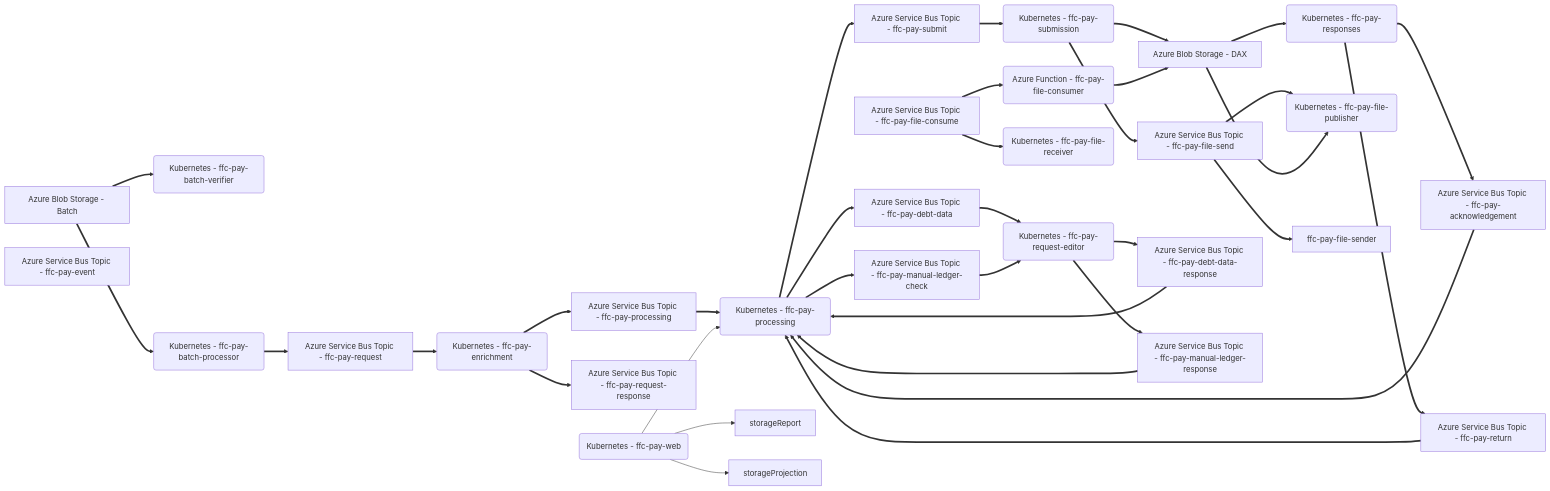
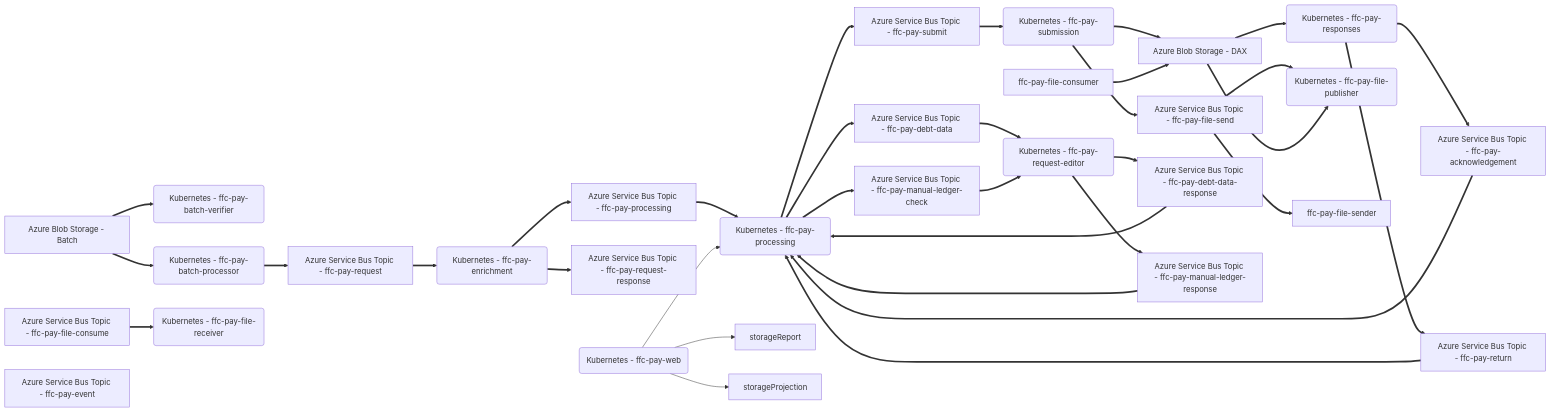
The first of 3 diagrams in README.md (DEFRA/ffc-pay-core), drawn with Mermaid before and after one commit. The commit also changed other lines of this file and 7 other files, not shown here.

````diff
--- a/README.md
+++ b/README.md
@@ -39,68 +38,66 @@
 ```mermaid
 flowchart LR
 ffc-pay-batch-verifier(Kubernetes - ffc-pay-batch-verifier)
 ffc-pay-batch-processor(Kubernetes - ffc-pay-batch-processor)
 ffc-pay-enrichment(Kubernetes - ffc-pay-enrichment)
 ffc-pay-processing(Kubernetes - ffc-pay-processing)
 ffc-pay-submission(Kubernetes - ffc-pay-submission)
 ffc-pay-responses(Kubernetes - ffc-pay-responses)
 ffc-pay-request-editor(Kubernetes - ffc-pay-request-editor)
 ffc-pay-web(Kubernetes - ffc-pay-web)
 ffc-pay-file-publisher(Kubernetes - ffc-pay-file-publisher)
 ffc-pay-file-receiver(Kubernetes - ffc-pay-file-receiver)
-ffc-pay-file-consumer(Azure Function - ffc-pay-file-consumer)
 
 storageBatch[Azure Blob Storage - Batch]
 storageDAX[Azure Blob Storage - DAX]
 
 topicRequest[Azure Service Bus Topic - ffc-pay-request]
 topicResponse[Azure Service Bus Topic - ffc-pay-request-response]
 topicProcessing[Azure Service Bus Topic - ffc-pay-processing]
 topicSubmit[Azure Service Bus Topic - ffc-pay-submit]
 topicFileSend[Azure Service Bus Topic - ffc-pay-file-send]
 topicFileConsume[Azure Service Bus Topic - ffc-pay-file-consume]
 topicReturn[Azure Service Bus Topic - ffc-pay-return]
 topicAck[Azure Service Bus Topic - ffc-pay-acknowledgement]
 topicDebt[Azure Service Bus Topic - ffc-pay-debt-data]
 topicDebtResponse[Azure Service Bus Topic - ffc-pay-debt-data-response]
 topicLedger[Azure Service Bus Topic - ffc-pay-manual-ledger-check]
 topicLedgerResponse[Azure Service Bus Topic - ffc-pay-manual-ledger-response]
 topicEvent[Azure Service Bus Topic - ffc-pay-event]
 
 storageBatch ==> ffc-pay-batch-verifier
 storageBatch ==> ffc-pay-batch-processor
 ffc-pay-batch-processor ==> topicRequest
 topicRequest ==> ffc-pay-enrichment
 ffc-pay-enrichment ==> topicResponse
 ffc-pay-enrichment ==> topicProcessing
 topicProcessing ==> ffc-pay-processing
 ffc-pay-processing ==> topicSubmit
 topicSubmit ==> ffc-pay-submission
 ffc-pay-submission ==> storageDAX
 ffc-pay-submission ==> topicFileSend
 topicFileSend ==> ffc-pay-file-sender
 topicFileSend ==> ffc-pay-file-publisher
 storageDAX ==> ffc-pay-file-publisher
 
-topicFileConsume ==> ffc-pay-file-consumer
 topicFileConsume ==> ffc-pay-file-receiver
 ffc-pay-file-consumer ==> storageDAX
 storageDAX ==> ffc-pay-responses
 ffc-pay-responses ==> topicAck
 ffc-pay-responses ==> topicReturn
 topicAck ==> ffc-pay-processing
 topicReturn ==> ffc-pay-processing
 
 ffc-pay-processing ==> topicDebt
 ffc-pay-processing ==> topicLedger
 topicDebt ==> ffc-pay-request-editor
 topicLedger ==> ffc-pay-request-editor
 ffc-pay-request-editor ==> topicDebtResponse
 ffc-pay-request-editor ==> topicLedgerResponse
 topicDebtResponse ==> ffc-pay-processing
 topicLedgerResponse ==> ffc-pay-processing
 
 ffc-pay-web --> ffc-pay-processing
 ffc-pay-web --> storageReport
 ffc-pay-web --> storageProjection
 ```
````
